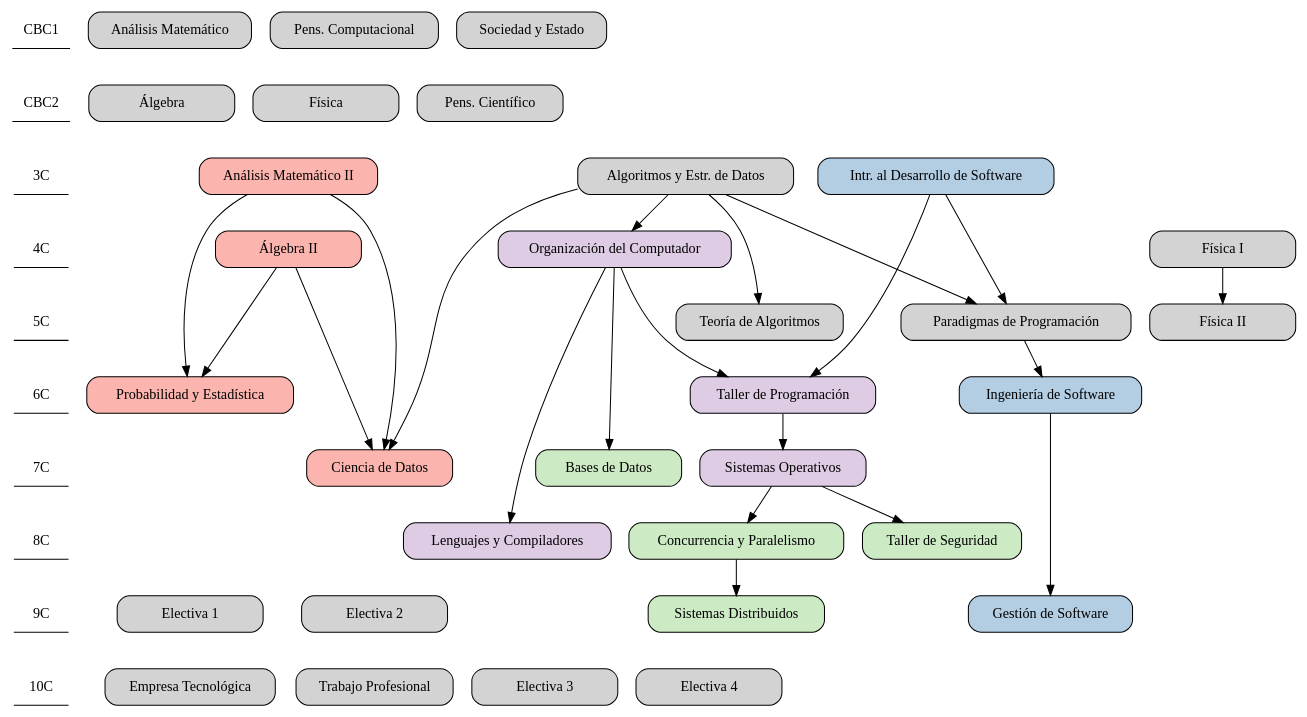
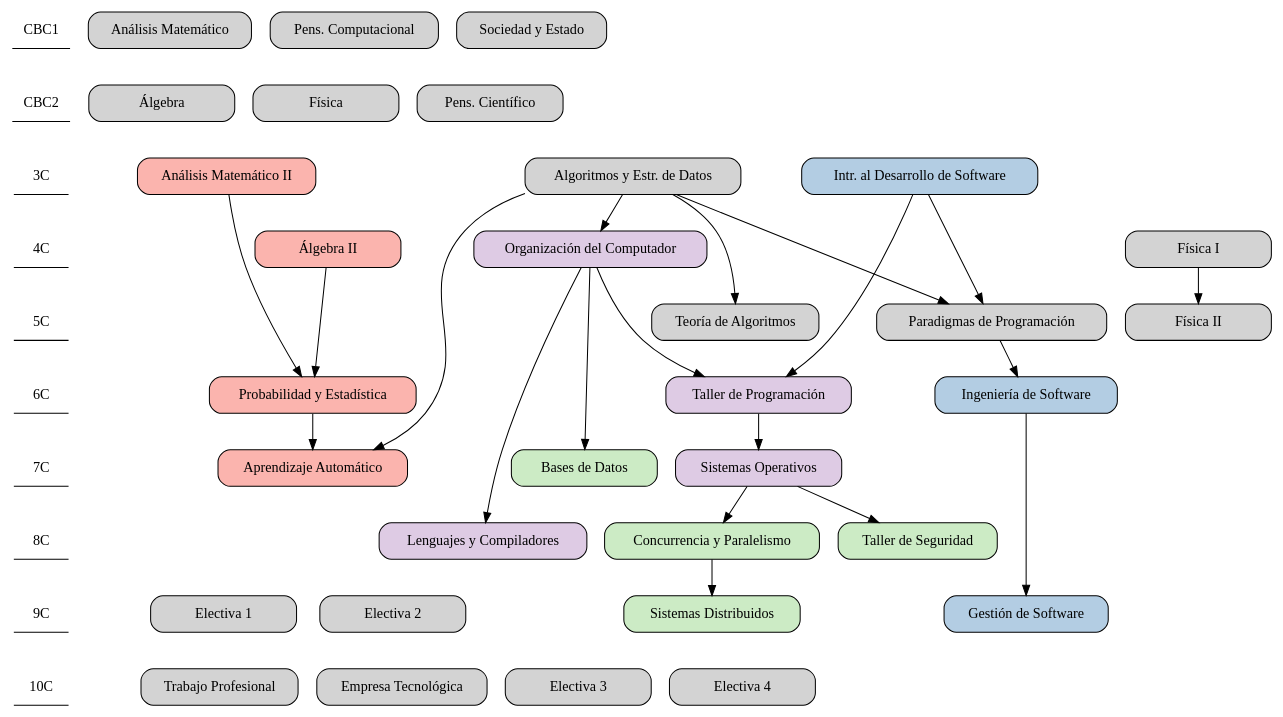
The diagram in graph.dot (ing-informatica-fiuba/ing-informatica-fiuba.github.io), drawn with Graphviz before and after one commit.

```diff
--- a/graph.dot
+++ b/graph.dot
@@ -1,74 +1,72 @@
 digraph {
     # grilla vertical de cuatrimestres
     node[shape=underline]
     "CBC1" -> "CBC2" -> "3C" -> "4C" -> "5C" -> "6C" -> "7C" -> "8C" -> "9C" -> "10C" [style=invis]
 
     # lista de materias
     node [shape=box, style="rounded,filled", width=2, colorscheme=pastel14]
     am1[label="Análisis Matemático"]
     alg1[label="Álgebra"]
     pco[label="Pens. Computacional"]
     sye[label="Sociedad y Estado"]
     fis[label="Física"]
     pci[label="Pens. Científico"]
 
     am2[label="Análisis Matemático II", fillcolor=1, group=1]
     alg2[label="Álgebra II", fillcolor=1, group=1]
     aye[label="Algoritmos y Estr. de Datos"]
     ids[label="Intr. al Desarrollo de Software", fillcolor=2, group=2]
     is[label="Ingeniería de Software", fillcolor=2, group=2]
     gs[label="Gestión de Software", fillcolor=2, group=2]
     par[label="Paradigmas de Programación"]
     tda[label="Teoría de Algoritmos"]
     fi1[label="Física I"]
     fi2[label="Física II"]
     org[label="Organización del Computador", fillcolor=4, group=4]
     tal[label="Taller de Programación", fillcolor=4, group=4]
     lyc[label="Lenguajes y Compiladores", fillcolor=4, group=4]
     so[label="Sistemas Operativos", fillcolor=4, group=4]
     pro[label="Probabilidad y Estadística", fillcolor=1, group=1]
-    ds[label="Ciencia de Datos", fillcolor=1, group=1]
+    ml[label="Aprendizaje Automático", fillcolor=1, group=1]
     bd[label="Bases de Datos", fillcolor=3, group=3]
     seg[label="Taller de Seguridad", fillcolor=3, group=3]
     con[label="Concurrencia y Paralelismo", fillcolor=3, group=3]
     dis[label="Sistemas Distribuidos", fillcolor=3, group=3]
 
     e1[label="Electiva 1"]
     e2[label="Electiva 2"]
     e3[label="Electiva 3"]
     e4[label="Electiva 4"]
     tp[label="Trabajo Profesional"]
     emp[label="Empresa Tecnológica"]
 
     # distribucion por cuatrimestre
     {rank = same; "CBC1"; am1;  sye; pco;}
     {rank = same; "CBC2"; alg1;  fis; pci;}
     {rank = same; "3C"; am2;  aye; ids;}
     {rank = same; "4C"; alg2; fi1; org;}
     {rank = same; "5C"; fi2; par; tda;}
     {rank = same; "6C"; pro; tal; is;}
-    {rank = same; "7C"; so;bd; ds;}
+    {rank = same; "7C"; so;bd; ml;}
     {rank = same; "8C"; lyc; con;seg;}
     {rank = same; "9C"; dis; gs; e1; e2}
     {rank = same; "10C"; emp; tp; e3; e4}
 
     # correlatividades
     aye ->  org -> tal -> so -> con -> dis
     ids ->  par -> is -> gs
     aye ->  par
     aye ->  tda
-    aye ->  ds
+    aye ->  ml
     ids ->  tal
     am2 ->  pro
-    alg2 -> pro 
-    am2 -> ds
-    alg2 ->  ds
+    alg2 -> pro -> ml 
     org ->  lyc
     org ->  bd
     fi1 ->  fi2
     so  ->  seg
 
     # estas son solo para mantener la disposicion
-    pro  -> e1 -> emp[style=invis]
-    ds  -> e2 -> tp[style=invis]
+    ml  -> e1 -> tp[style=invis]
+    ml -> e2 -> emp[style=invis]
 }
```
